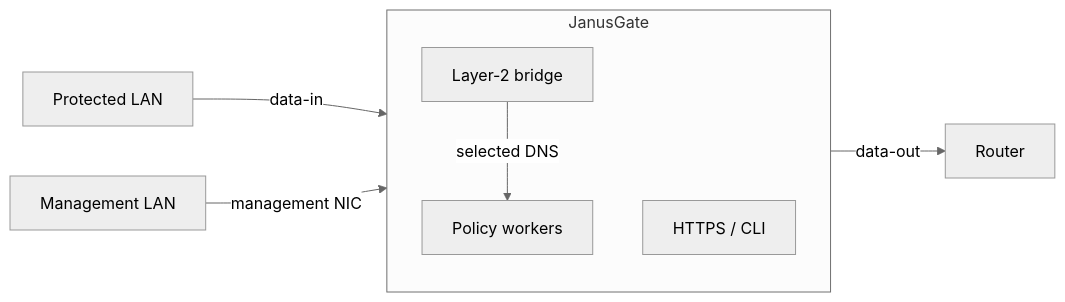
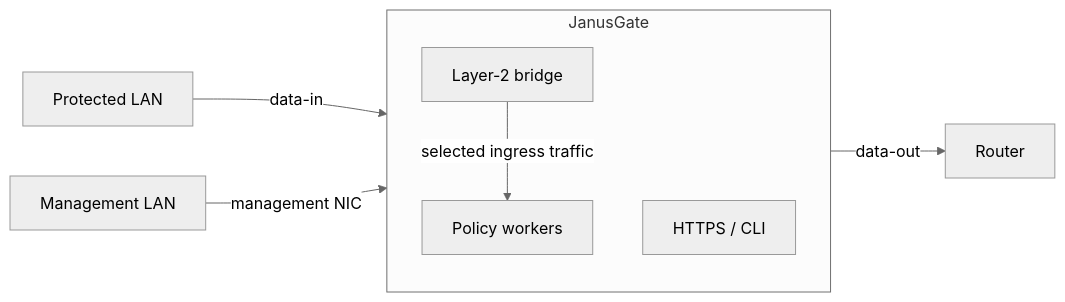
Before and after one commit to marcofortina/JanusGate: the diagram in README.md, drawn with Mermaid (neutral theme). The commit also changed other lines of this file and 12 other files, not shown here.

Commit message:
architecture: define network enforcement boundaries

````diff
--- a/README.md
+++ b/README.md
@@ -13,19 +14,19 @@
 ```mermaid
 flowchart LR
     protected[Protected LAN]
     router[Router]
     management[Management LAN]
 
     subgraph janusgate[JanusGate]
         direction TB
         bridge[Layer-2 bridge]
         workers[Policy workers]
         administration[HTTPS / CLI]
 
-        bridge -->|selected DNS| workers
+        bridge -->|selected ingress traffic| workers
     end
 
     protected -->|data-in| bridge
     bridge -->|data-out| router
     management -->|management NIC| administration
 ```
````
